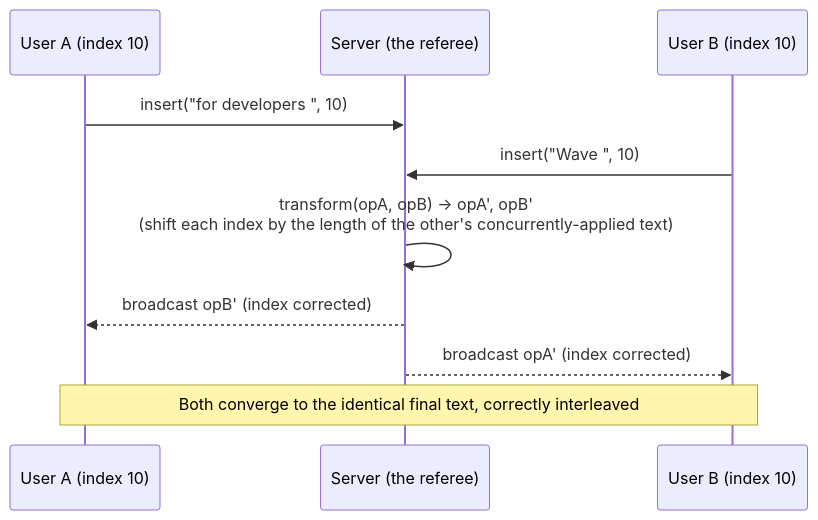
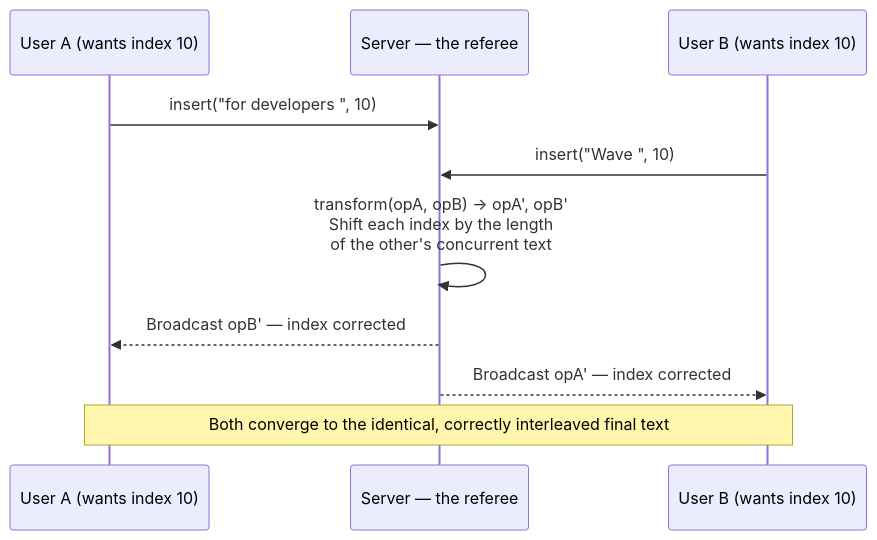
Before and after one commit to riyaz-pasha/Learnings: the third of 14 diagrams in system-design/HLD/0-course/38-Design-a-Collaborative-Document-Editing-Service-Google-Docs-FAANG-Guide-story.md, drawn with Mermaid. The commit also changed other lines of this file and 1 other file, not shown here.

Commit message:
[REWRITE] Google Docs story guide: simplify prose, add structure, fix diagrams

````diff
--- a/system-design/HLD/0-course/38-Design-a-Collaborative-Document-Editing-Service-Google-Docs-FAANG-Guide-story.md
+++ b/system-design/HLD/0-course/38-Design-a-Collaborative-Document-Editing-Service-Google-Docs-FAANG-Guide-story.md
@@ -83,13 +150,13 @@
 ```mermaid
 sequenceDiagram
-    participant A as User A (index 10)
-    participant Server as Server (the referee)
-    participant B as User B (index 10)
+    participant A as User A (wants index 10)
+    participant Server as Server — the referee
+    participant B as User B (wants index 10)
 
     A->>Server: insert("for developers ", 10)
     B->>Server: insert("Wave ", 10)
-    Server->>Server: transform(opA, opB) → opA', opB'<br/>(shift each index by the length of the other's concurrently-applied text)
-    Server-->>A: broadcast opB' (index corrected)
-    Server-->>B: broadcast opA' (index corrected)
-    Note over A,B: Both converge to the identical final text, correctly interleaved
+    Server->>Server: transform(opA, opB) → opA', opB'<br/>Shift each index by the length<br/>of the other's concurrent text
+    Server-->>A: Broadcast opB' — index corrected
+    Server-->>B: Broadcast opA' — index corrected
+    Note over A,B: Both converge to the identical, correctly interleaved final text
 ```
````
